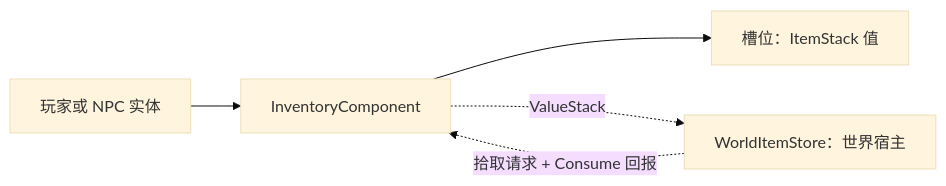
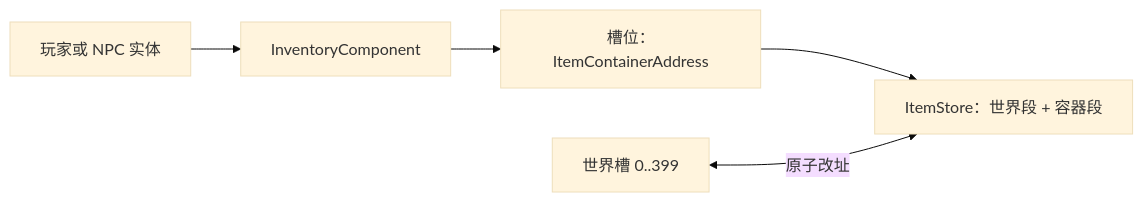
One commit to NonlinearLearning/NLTX changed the diagram in src/NSSLC/Share/Inventory/README.md. Above: the diagram before and after it, drawn with Mermaid (base theme). The commit also changed other lines of this file and 43 other files, not shown here.

First line of the commit message:
Item 域合并并归位 Share：单记录双状态取代 WorldItem 双系统

````diff
--- a/src/NSSLC/Share/Inventory/README.md
+++ b/src/NSSLC/Share/Inventory/README.md
@@ -53,7 +53,7 @@
 ```mermaid
 flowchart LR
     P[玩家或 NPC 实体] --> I[InventoryComponent]
-    I --> V[槽位：ItemStack 值]
-    W[WorldItemStore：世界宿主] -.->|拾取请求 + Consume 回报| I
-    I -.->|ValueStack| W
+    I --> V[槽位：ItemContainerAddress]
+    V --> S[ItemStore：世界段 + 容器段]
+    W[世界槽 0..399] <-->|原子改址| S
 ```
````
